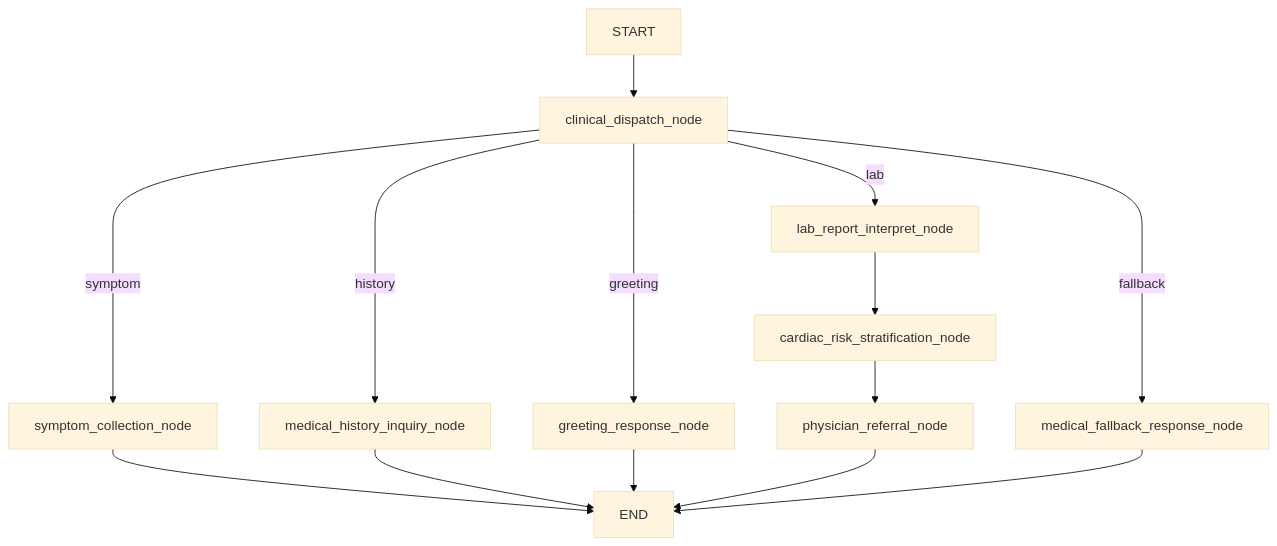
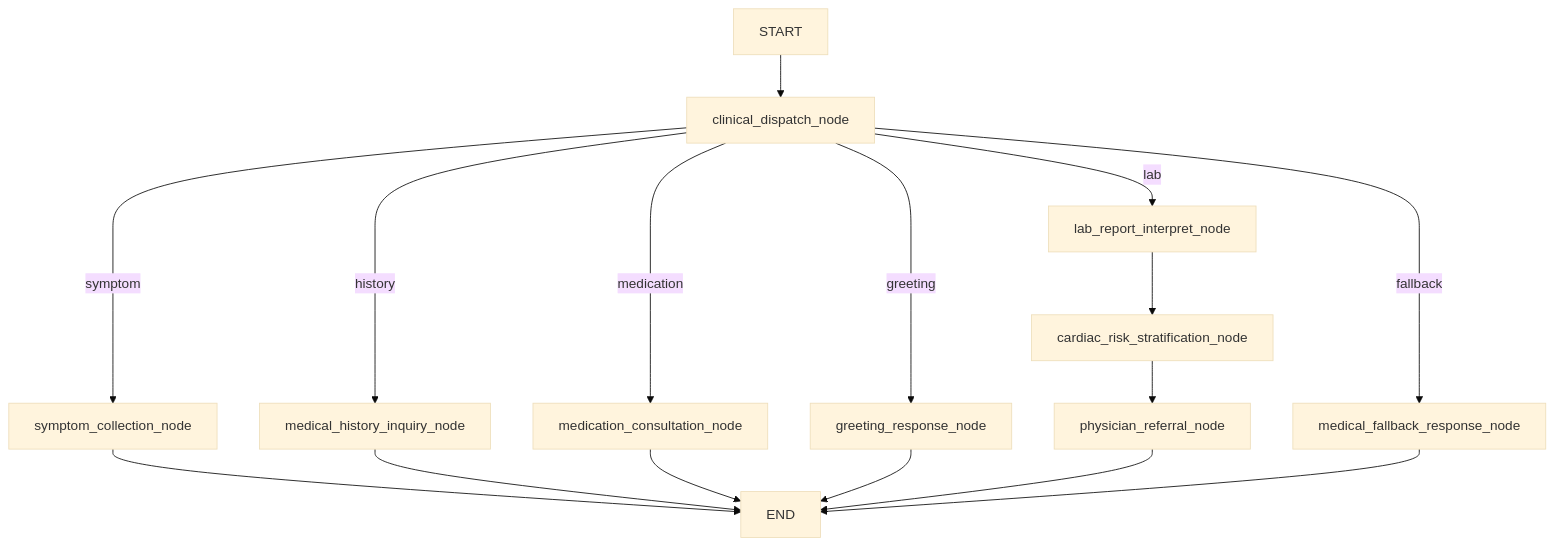
One commit to SherwinZeng/cardiologyintelligentagent changed the second of 2 diagrams in services/ai-agent/README.md. Above: the diagram before and after it, drawn with Mermaid (base theme). The commit also changed other lines of this file and 116 other files, not shown here.

````diff
--- a/services/ai-agent/README.md
+++ b/services/ai-agent/README.md
@@ -67,16 +105,18 @@
 ```mermaid
 flowchart TD
     START --> dispatch[clinical_dispatch_node]
     dispatch -->|symptom| symptom[symptom_collection_node]
     dispatch -->|history| history[medical_history_inquiry_node]
+    dispatch -->|medication| medication[medication_consultation_node]
     dispatch -->|lab| lab[lab_report_interpret_node]
     dispatch -->|greeting| greeting[greeting_response_node]
     dispatch -->|fallback| fallback[medical_fallback_response_node]
     lab --> risk[cardiac_risk_stratification_node]
     risk --> referral[physician_referral_node]
     symptom --> END
     history --> END
+    medication --> END
     greeting --> END
     referral --> END
     fallback --> END
 ```
````
